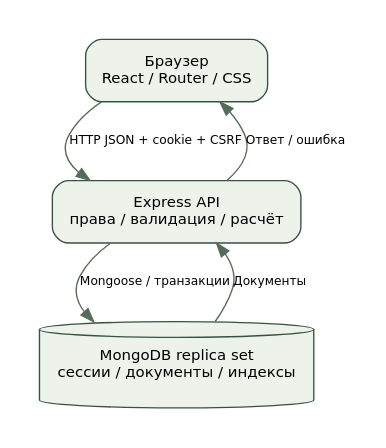
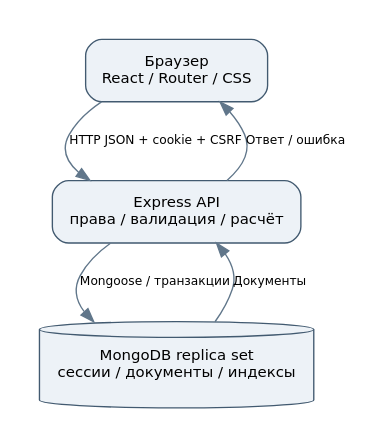
Before and after one commit to alexander2007B/cursovaya: the diagram in docs/diagrams/architecture.dot, drawn with Graphviz. The commit also changed 124 other files, not shown here.

```diff
--- a/docs/diagrams/architecture.dot
+++ b/docs/diagrams/architecture.dot
@@ -1,4 +1,4 @@
-digraph G {graph [fontname="DejaVu Sans",bgcolor="white",pad="0.3",ranksep="0.65",nodesep="0.35"]; node [fontname="DejaVu Sans",fontsize=11,shape=box,style="rounded,filled",fillcolor="#edf2eb",color="#355343",margin="0.15"]; edge [fontname="DejaVu Sans",fontsize=9,color="#566c5b"];rankdir=TB; browser[label="Браузер
+digraph G {graph [fontname="DejaVu Sans",bgcolor="white",pad="0.3",ranksep="0.65",nodesep="0.35"]; node [fontname="DejaVu Sans",fontsize=11,shape=box,style="rounded,filled",fillcolor="#edf2f7",color="#425a70",margin="0.15"]; edge [fontname="DejaVu Sans",fontsize=9,color="#60768a"];rankdir=TB; browser[label="Браузер
 React / Router / CSS"]; api[label="Express API
 права / валидация / расчёт"]; db[label="MongoDB replica set
 сессии / документы / индексы",shape=cylinder]; browser->api[label="HTTP JSON + cookie + CSRF"]; api->db[label="Mongoose / транзакции"]; db->api[label="Документы"]; api->browser[label="Ответ / ошибка"];}
```
